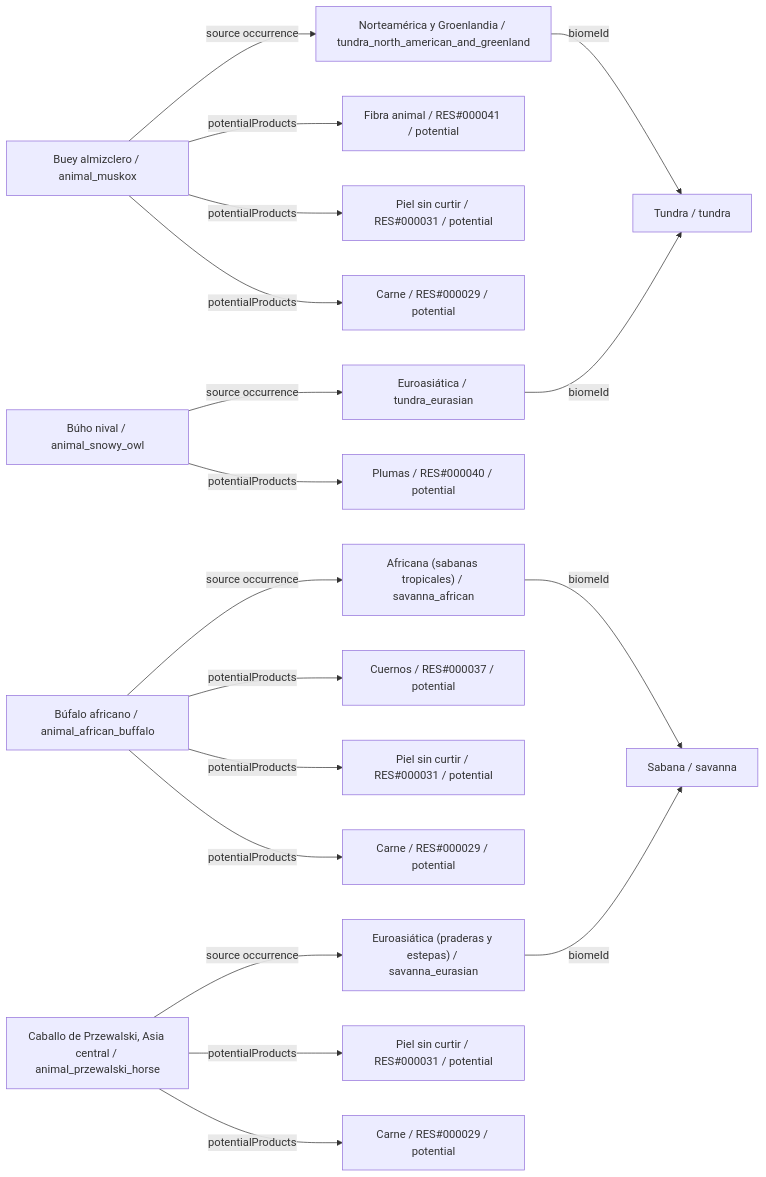
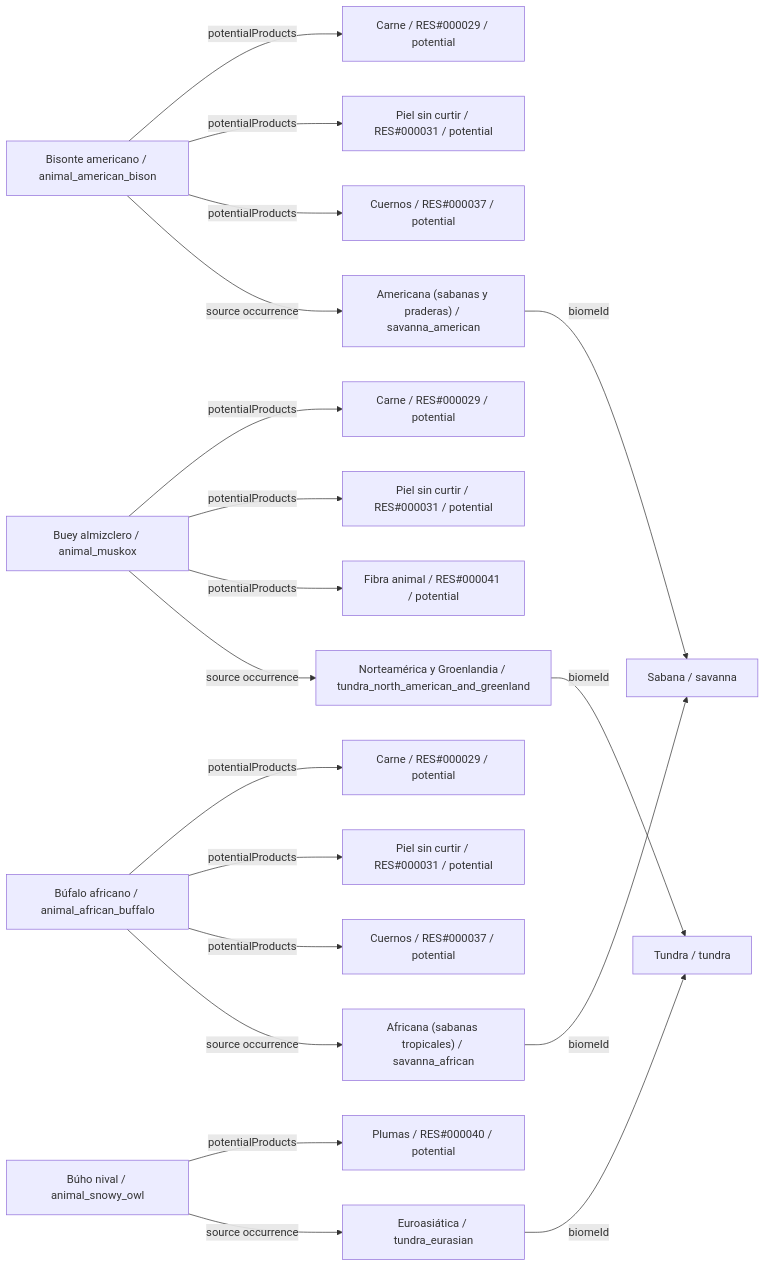
Before and after one commit to fgabo404/EvolveDoc: the third of 26 diagrams in data/animals/DIAGRAMS.es.md, drawn with Mermaid. The commit also changed other lines of this file and 59 other files, not shown here.

````diff
--- a/data/animals/DIAGRAMS.es.md
+++ b/data/animals/DIAGRAMS.es.md
@@ -276,39 +208,41 @@
 ```mermaid
 flowchart LR
-    c0["Buey almizclero / animal_muskox"]
+    c0["Bisonte americano / animal_american_bison"]
+    v12["Americana (sabanas y praderas) / savanna_american"]
+    b3["Sabana / savanna"]
+    o0_0["Carne / RES#000029 / potential"]
+    o0_1["Piel sin curtir / RES#000031 / potential"]
+    o0_2["Cuernos / RES#000037 / potential"]
+    c1["Buey almizclero / animal_muskox"]
     v8["Norteamérica y Groenlandia / tundra_north_american_and_greenland"]
     b2["Tundra / tundra"]
-    o0_0["Carne / RES#000029 / potential"]
-    o0_1["Piel sin curtir / RES#000031 / potential"]
-    o0_2["Fibra animal / RES#000041 / potential"]
-    c1["Búfalo africano / animal_african_buffalo"]
-    v11["Africana (sabanas tropicales) / savanna_african"]
-    b3["Sabana / savanna"]
     o1_0["Carne / RES#000029 / potential"]
     o1_1["Piel sin curtir / RES#000031 / potential"]
-    o1_2["Cuernos / RES#000037 / potential"]
-    c2["Búho nival / animal_snowy_owl"]
+    o1_2["Fibra animal / RES#000041 / potential"]
+    c2["Búfalo africano / animal_african_buffalo"]
+    v11["Africana (sabanas tropicales) / savanna_african"]
+    o2_0["Carne / RES#000029 / potential"]
+    o2_1["Piel sin curtir / RES#000031 / potential"]
+    o2_2["Cuernos / RES#000037 / potential"]
+    c3["Búho nival / animal_snowy_owl"]
     v9["Euroasiática / tundra_eurasian"]
-    o2_0["Plumas / RES#000040 / potential"]
-    c3["Caballo de Przewalski, Asia central / animal_przewalski_horse"]
-    v13["Euroasiática (praderas y estepas) / savanna_eurasian"]
-    o3_0["Carne / RES#000029 / potential"]
-    o3_1["Piel sin curtir / RES#000031 / potential"]
+    o3_0["Plumas / RES#000040 / potential"]
     c0 -->|potentialProducts| o0_0
     c0 -->|potentialProducts| o0_1
     c0 -->|potentialProducts| o0_2
-    c0 -->|source occurrence| v8
+    c0 -->|source occurrence| v12
     c1 -->|potentialProducts| o1_0
     c1 -->|potentialProducts| o1_1
     c1 -->|potentialProducts| o1_2
-    c1 -->|source occurrence| v11
+    c1 -->|source occurrence| v8
     c2 -->|potentialProducts| o2_0
-    c2 -->|source occurrence| v9
+    c2 -->|potentialProducts| o2_1
+    c2 -->|potentialProducts| o2_2
+    c2 -->|source occurrence| v11
     c3 -->|potentialProducts| o3_0
-    c3 -->|potentialProducts| o3_1
-    c3 -->|source occurrence| v13
+    c3 -->|source occurrence| v9
     v11 -->|biomeId| b3
-    v13 -->|biomeId| b3
+    v12 -->|biomeId| b3
     v8 -->|biomeId| b2
     v9 -->|biomeId| b2
 ```
````
